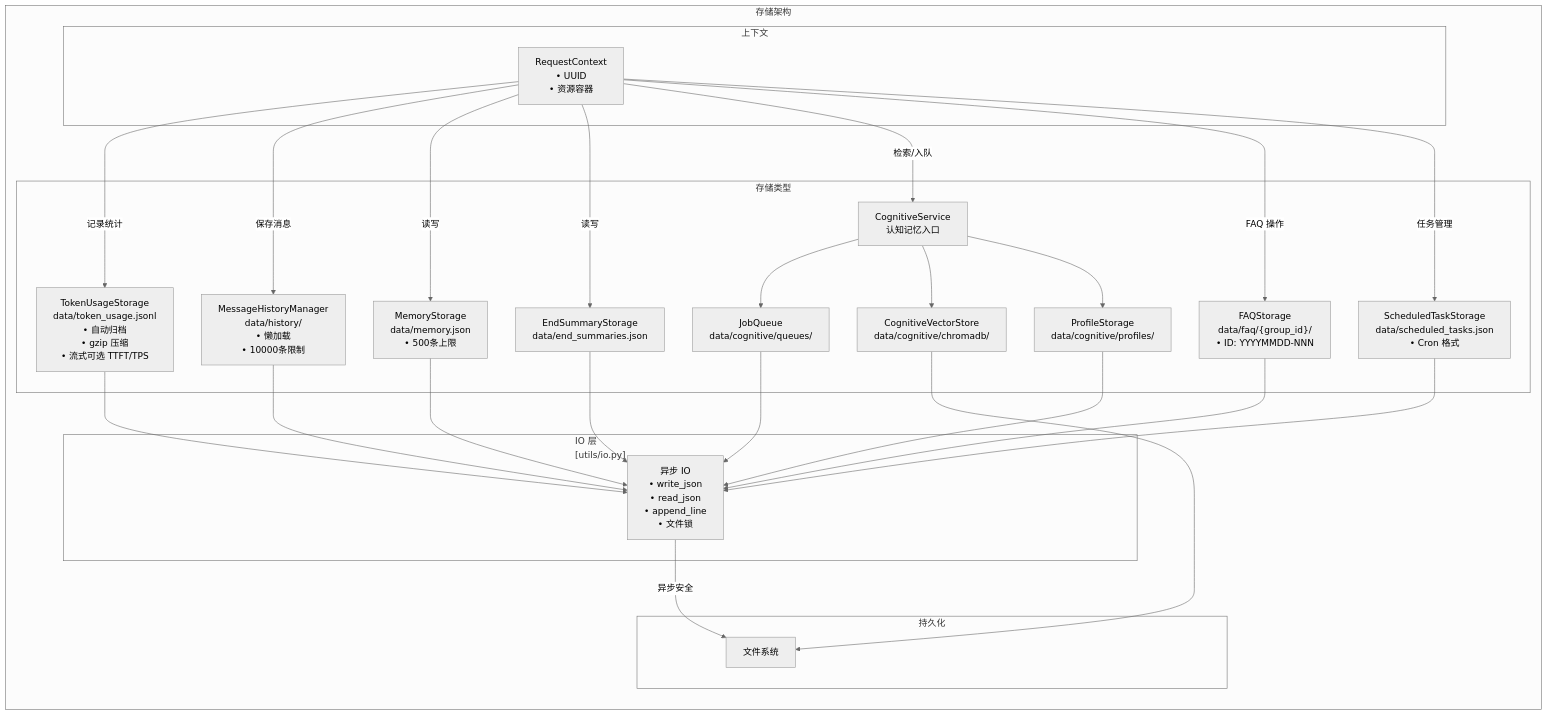
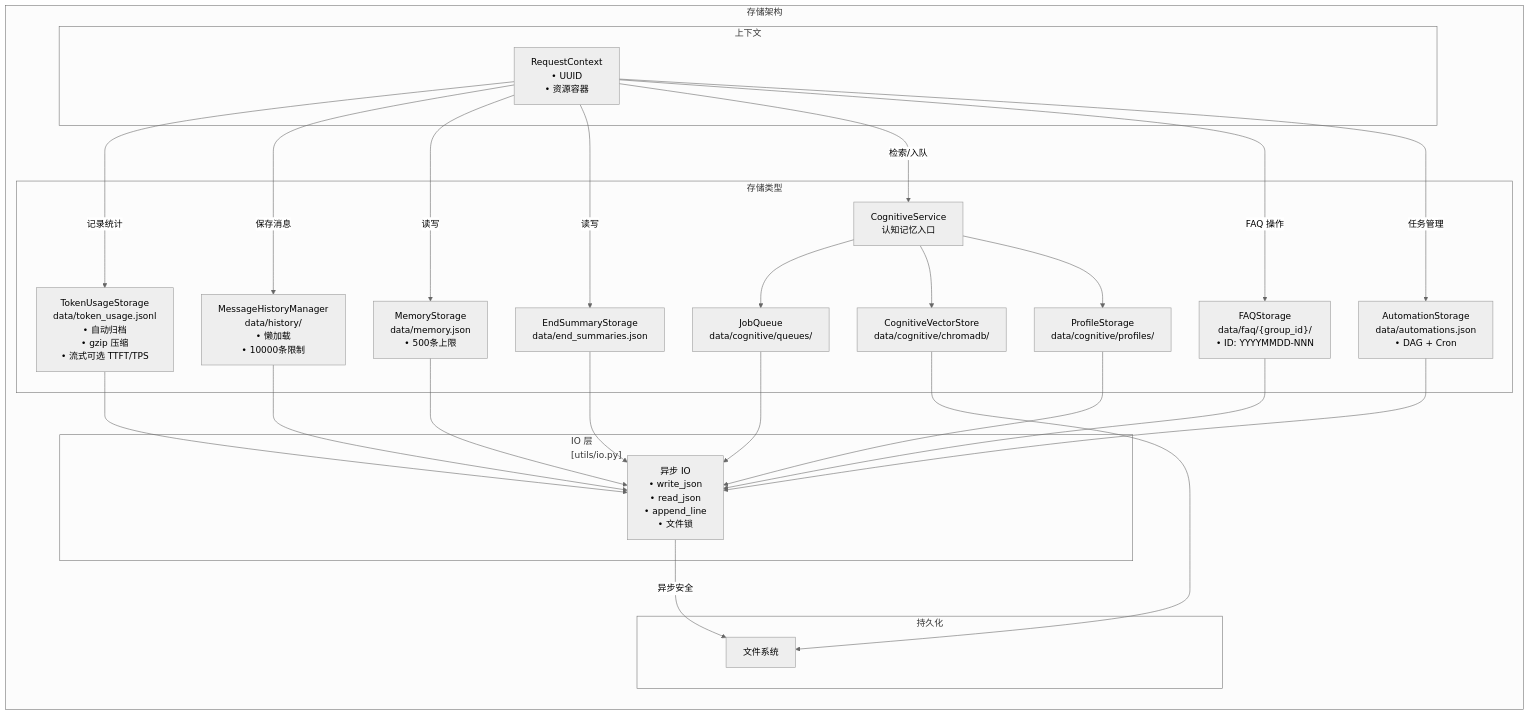
The fourth of 8 diagrams in ARCHITECTURE.md (69gg/Undefined), drawn with Mermaid (neutral theme) before and after one commit. The commit also changed other lines of this file and 135 other files, not shown here.

````diff
--- a/ARCHITECTURE.md
+++ b/ARCHITECTURE.md
@@ -555,54 +558,54 @@
 ```mermaid
 graph LR
     subgraph StorageArchitecture["存储架构"]
         subgraph Context["上下文"]
             RC["RequestContext<br/>• UUID<br/>• 资源容器"]
         end
         
         subgraph IOLayer["IO 层<br/>[utils/io.py]"]
             IO["异步 IO<br/>• write_json<br/>• read_json<br/>• append_line<br/>• 文件锁"]
         end
         
         subgraph StorageTypes["存储类型"]
             History["MessageHistoryManager<br/>data/history/<br/>• 懒加载<br/>• 10000条限制"]
             Memory["MemoryStorage<br/>data/memory.json<br/>• 500条上限"]
             EndSummary["EndSummaryStorage<br/>data/end_summaries.json"]
             CognitiveSvc["CognitiveService<br/>认知记忆入口"]
             CognitiveQueue["JobQueue<br/>data/cognitive/queues/"]
             CognitiveVector["CognitiveVectorStore<br/>data/cognitive/chromadb/"]
             CognitiveProfile["ProfileStorage<br/>data/cognitive/profiles/"]
             FAQ["FAQStorage<br/>data/faq/{group_id}/<br/>• ID: YYYYMMDD-NNN"]
-            Tasks["ScheduledTaskStorage<br/>data/scheduled_tasks.json<br/>• Cron 格式"]
+            Tasks["AutomationStorage<br/>data/automations.json<br/>• DAG + Cron"]
             TokenUsage["TokenUsageStorage<br/>data/token_usage.jsonl<br/>• 自动归档<br/>• gzip 压缩<br/>• 流式可选 TTFT/TPS"]
         end
         
         subgraph Persistence["持久化"]
             FS["文件系统"]
         end
     end
     
     %% 连接
     RC -->|"记录统计"| TokenUsage
     RC -->|"保存消息"| History
     RC -->|"读写"| Memory
     RC -->|"读写"| EndSummary
     RC -->|"检索/入队"| CognitiveSvc
     RC -->|"FAQ 操作"| FAQ
     RC -->|"任务管理"| Tasks
     
     CognitiveSvc --> CognitiveQueue
     CognitiveSvc --> CognitiveVector
     CognitiveSvc --> CognitiveProfile
     
     TokenUsage --> IO
     History --> IO
     Memory --> IO
     EndSummary --> IO
     CognitiveQueue --> IO
     CognitiveProfile --> IO
     FAQ --> IO
     Tasks --> IO
     CognitiveVector --> FS
     
     IO -->|"异步安全"| FS
 ```
````
